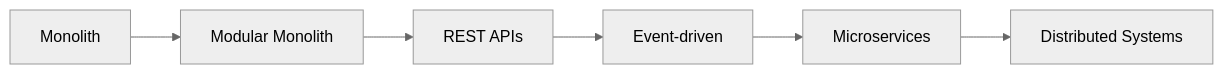
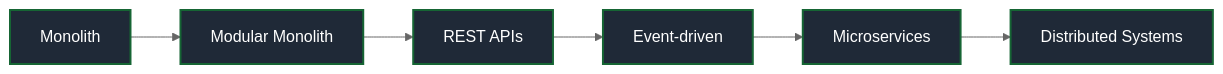
One commit to StackBlackzada/.github changed the eighth of 16 diagrams in profile/README.md. Above: the diagram before and after it, drawn with Mermaid (neutral theme). The commit also changed other lines of this file, not shown here.

````diff
--- a/profile/README.md
+++ b/profile/README.md
@@ -269,4 +493,6 @@
 ```mermaid
 flowchart LR
     M["Monolith"] --> MM["Modular Monolith"] --> RA["REST APIs"] --> ED["Event-driven"] --> MS["Microservices"] --> DS["Distributed Systems"]
+    classDef d fill:#1F2937,stroke:#166534,color:#fff,stroke-width:2px
+    class M,MM,RA,ED,MS,DS d
 ```
````
